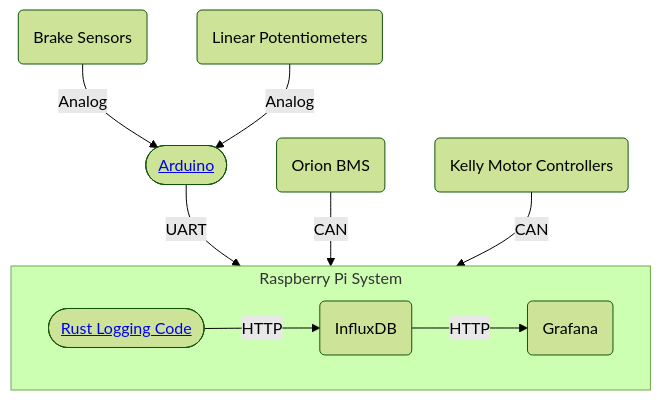
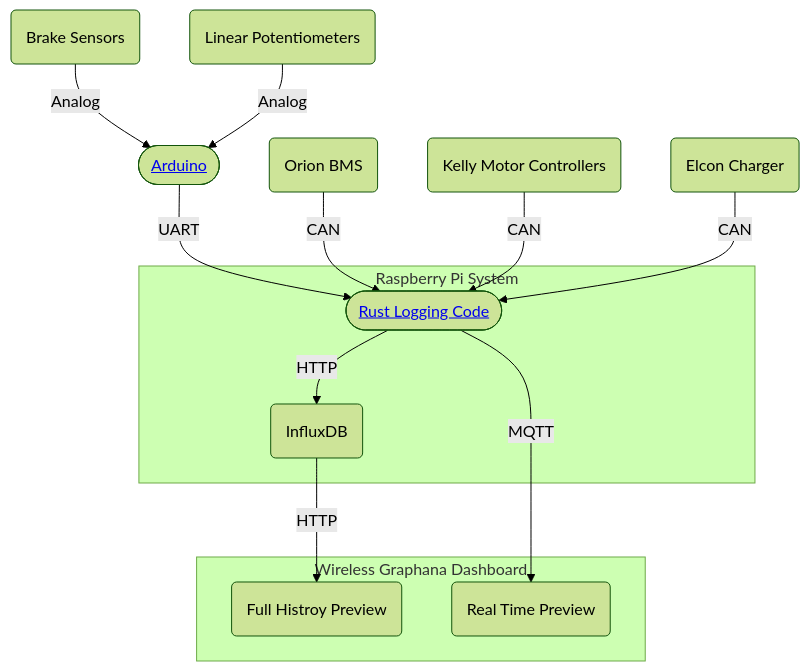
The diagram in README.md (Anteater-Electric-Racing/embedded), drawn with Mermaid (forest theme) before and after one commit.

Commit message:
update with MQTT

````diff
--- a/README.md
+++ b/README.md
@@ -1,12 +1,16 @@
 ```mermaid
 flowchart TD
     B(Brake Sensors) -->|Analog| A(["<a href='https://github.com/AlistairKeiller/FSAE/tree/master/fsae-arduino' target='_blank'>Arduino</a>"])
     L(Linear Potentiometers) -->|Analog| A(["<a href='https://github.com/AlistairKeiller/FSAE/tree/master/fsae-arduino' target='_blank'>Arduino</a>"])
-    A(["<a href='https://github.com/AlistairKeiller/FSAE/tree/master/fsae-arduino' target='_blank'>Arduino</a>"]) -->|UART| Pi[Raspberry Pi System]
-    O(Orion BMS) -->|CAN| Pi[Raspberry Pi System]
-    K(Kelly Motor Controllers) -->|CAN| Pi[Raspberry Pi System]
+    A(["<a href='https://github.com/AlistairKeiller/FSAE/tree/master/fsae-arduino' target='_blank'>Arduino</a>"]) -->|UART| R(["<a href='https://github.com/AlistairKeiller/FSAE/tree/master/fsae-raspi' target='_blank'>Rust Logging Code</a>"])
+    O(Orion BMS) -->|CAN| R(["<a href='https://github.com/AlistairKeiller/FSAE/tree/master/fsae-raspi' target='_blank'>Rust Logging Code</a>"])
+    K(Kelly Motor Controllers) -->|CAN| R(["<a href='https://github.com/AlistairKeiller/FSAE/tree/master/fsae-raspi' target='_blank'>Rust Logging Code</a>"])
+    IMS(Elcon Charger) -->|CAN| R(["<a href='https://github.com/AlistairKeiller/FSAE/tree/master/fsae-raspi' target='_blank'>Rust Logging Code</a>"])
     subgraph Pi[Raspberry Pi System]
         R(["<a href='https://github.com/AlistairKeiller/FSAE/tree/master/fsae-raspi' target='_blank'>Rust Logging Code</a>"]) -->|HTTP| I(InfluxDB)
-        I(InfluxDB) -->|HTTP| G(Grafana)
     end
+    subgraph Graphana[Wireless Graphana Dashboard]
+        I(InfluxDB) -->|HTTP| F(Full Histroy Preview)
+        R(["<a href='https://github.com/AlistairKeiller/FSAE/tree/master/fsae-raspi' target='_blank'>Rust Logging Code</a>"]) -->|MQTT| P(Real Time Preview)
+    end Graphana[Graphana]
 ```
````
